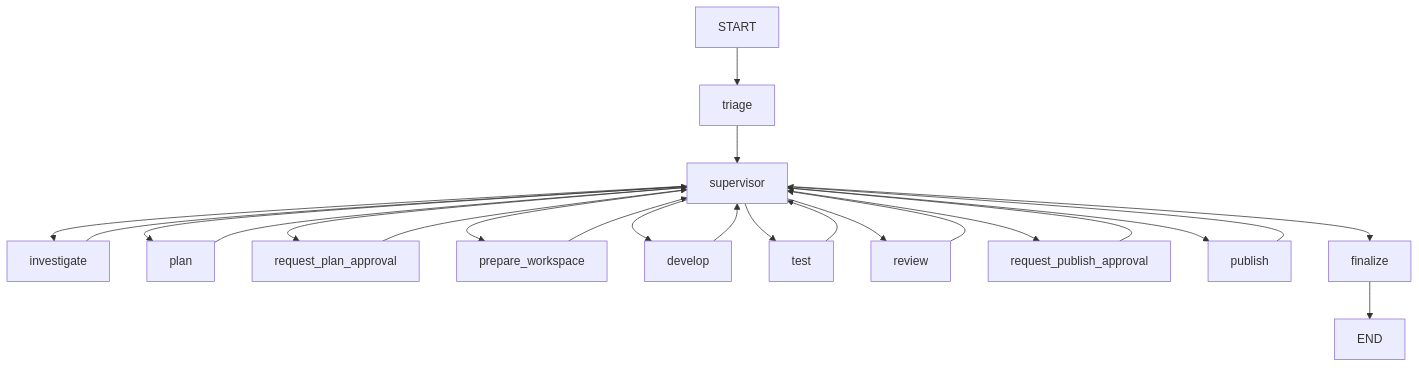
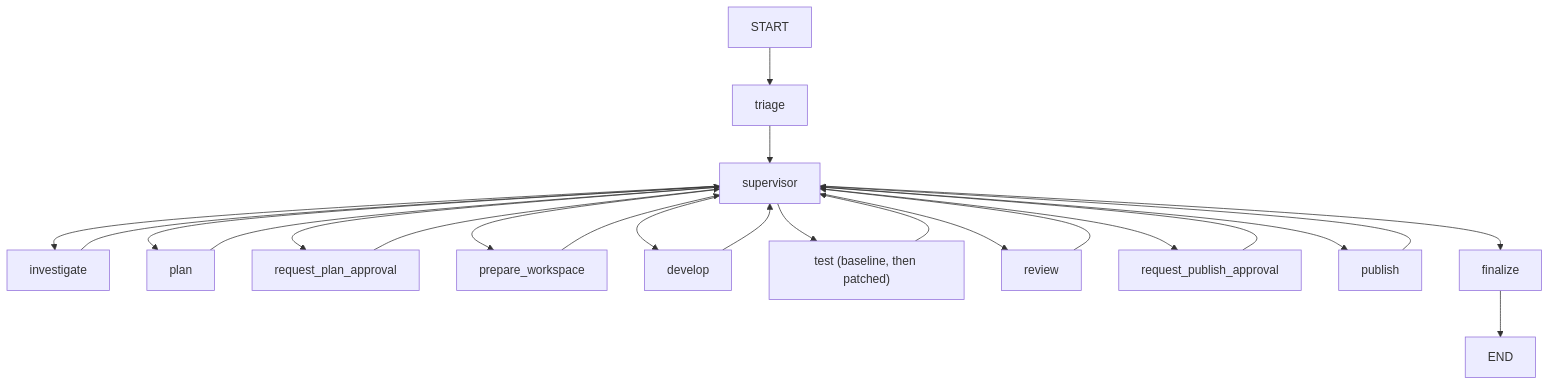
One commit to thalkoah/PatchPilot changed the second of 2 diagrams in docs/ARCHITECTURE.md. Above: the diagram before and after it, drawn with Mermaid. The commit also changed other lines of this file and 9 other files, not shown here.

Commit message:
Improving the structure and contents of the README.md especially regarging architectural documentation.

````diff
--- a/docs/ARCHITECTURE.md
+++ b/docs/ARCHITECTURE.md
@@ -36,25 +36,25 @@
 ```mermaid
 flowchart TD
   startNode[START] --> triage
   triage --> supervisor
   supervisor --> investigate
   supervisor --> plan
   supervisor --> approval[request_plan_approval]
   supervisor --> workspace[prepare_workspace]
   supervisor --> develop
-  supervisor --> test
+  supervisor --> test["test (baseline, then patched)"]
   supervisor --> review
   supervisor --> publishApproval[request_publish_approval]
   supervisor --> publish
   supervisor --> finalize
   investigate --> supervisor
   plan --> supervisor
   approval --> supervisor
   workspace --> supervisor
   develop --> supervisor
   test --> supervisor
   review --> supervisor
   publishApproval --> supervisor
   publish --> supervisor
   finalize --> endNode[END]
 ```
````
